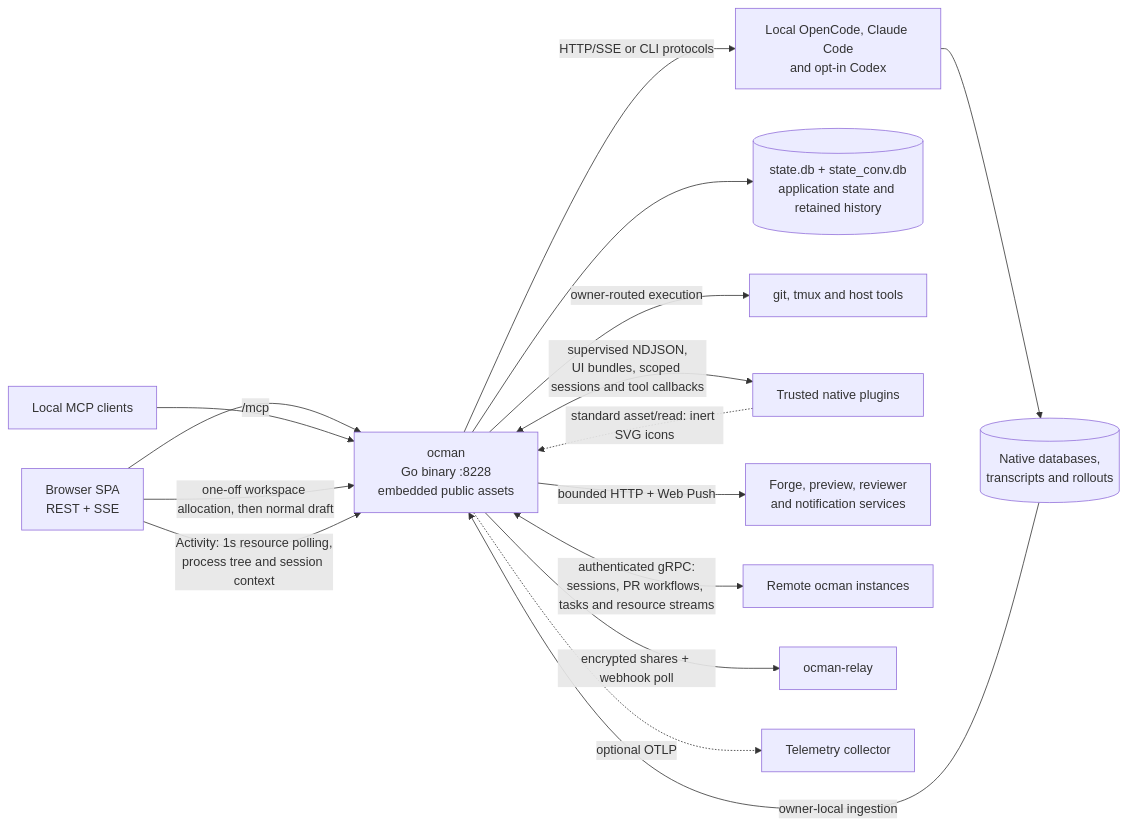
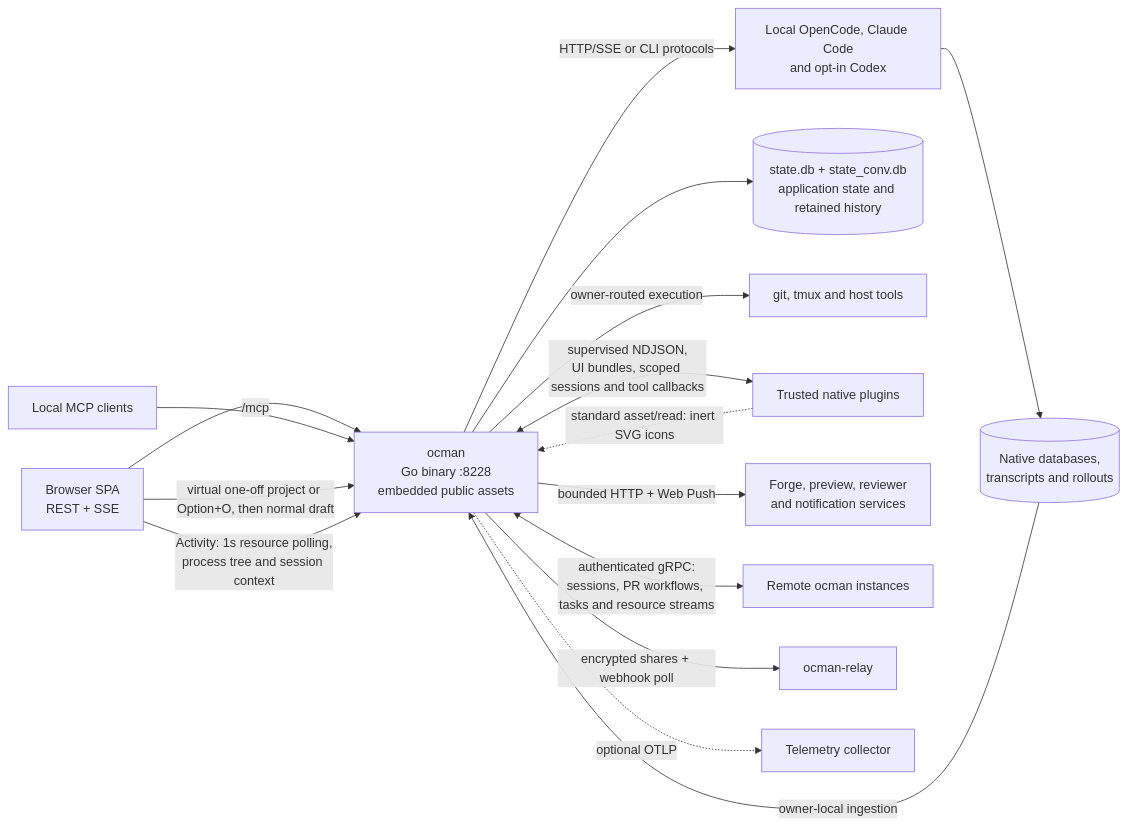
One commit to ocman/ocman changed the first of 15 diagrams in docs/other/architecture.md. Above: the diagram before and after it, drawn with Mermaid. The commit also changed other lines of this file and 16 other files, not shown here.

Commit message:
fix(sessions): use a virtual one-off project without navigation action

````diff
--- a/docs/other/architecture.md
+++ b/docs/other/architecture.md
@@ -26,18 +26,18 @@
 ```mermaid
 flowchart LR
     Browser[Browser SPA<br/>REST + SSE] --> Ocman[ocman<br/>Go binary :8228<br/>embedded public assets]
     Agent[Local MCP clients] -->|/mcp| Ocman
     Ocman -->|HTTP/SSE or CLI protocols| Platforms[Local OpenCode, Claude Code<br/>and opt-in Codex]
     Platforms --> Native[(Native databases,<br/>transcripts and rollouts)]
     Native -->|owner-local ingestion| Ocman
     Ocman --> Stores[(state.db + state_conv.db<br/>application state and retained history)]
     Ocman -->|owner-routed execution| Tools[git, tmux and host tools]
-    Browser -->|one-off workspace allocation, then normal draft| Ocman
+    Browser -->|virtual one-off project or Option+O, then normal draft| Ocman
     Browser -->|Activity: 1s resource polling,<br/>process tree and session context| Ocman
     Ocman <-->|supervised NDJSON,<br/>UI bundles, scoped sessions and tool callbacks| Plugins[Trusted native plugins]
     Plugins -.->|standard asset/read: inert SVG icons| Ocman
     Ocman -->|bounded HTTP + Web Push| Services[Forge, preview, reviewer<br/>and notification services]
     Ocman <-->|authenticated gRPC:<br/>sessions, PR workflows, tasks and resource streams| Remotes[Remote ocman instances]
     Ocman -->|encrypted shares + webhook poll| Relay[ocman-relay]
     Ocman -.->|optional OTLP| Otel[Telemetry collector]
 ```
````
